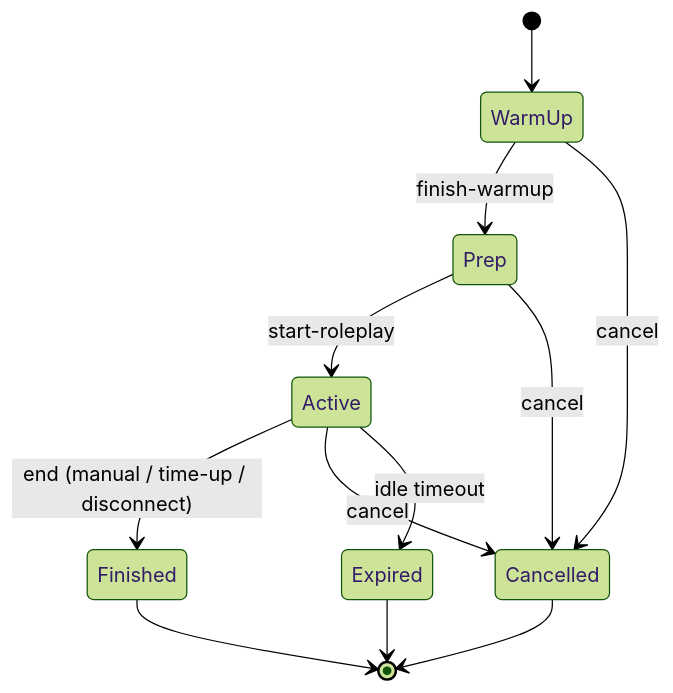
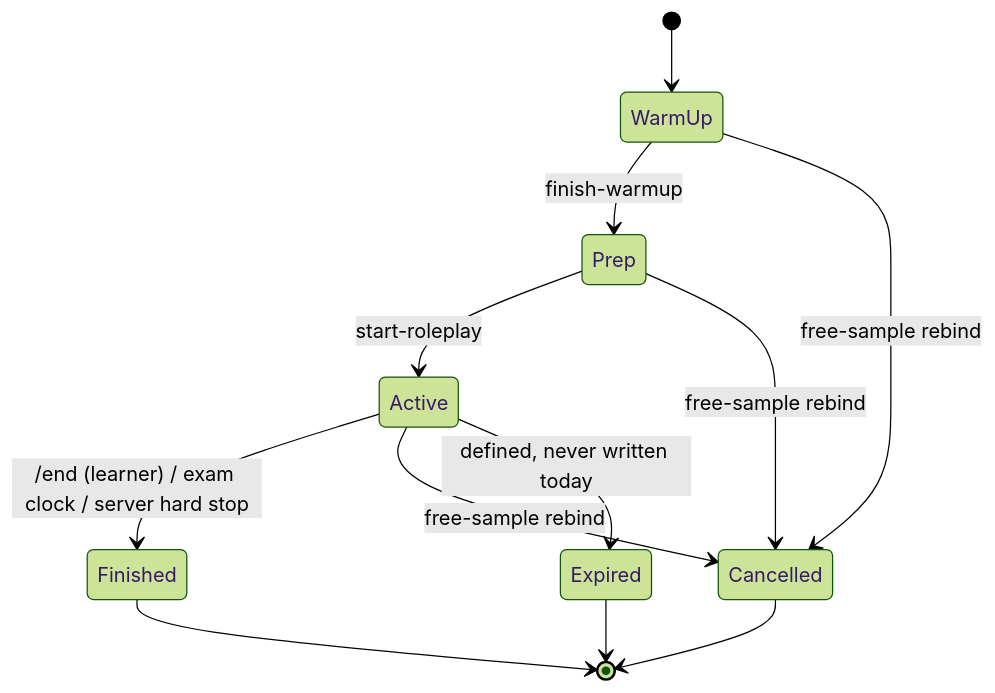
Before and after one commit to jerryboganda/oetwebapp: the first of 3 diagrams in docs/speaking/state-machines.md, drawn with Mermaid (forest theme). The commit also changed other lines of this file and 16 other files, not shown here.

````diff
--- a/docs/speaking/state-machines.md
+++ b/docs/speaking/state-machines.md
@@ -5,14 +5,14 @@
 ```mermaid
 stateDiagram-v2
   [*] --> WarmUp
   WarmUp --> Prep: finish-warmup
   Prep --> Active: start-roleplay
-  Active --> Finished: end (manual / time-up / disconnect)
-  Active --> Cancelled: cancel
-  Prep --> Cancelled: cancel
-  WarmUp --> Cancelled: cancel
+  Active --> Finished: /end (learner) / exam clock / server hard stop
+  Active --> Cancelled: free-sample rebind
+  Prep --> Cancelled: free-sample rebind
+  WarmUp --> Cancelled: free-sample rebind
   Finished --> [*]
   Cancelled --> [*]
-  Active --> Expired: idle timeout
+  Active --> Expired: defined, never written today
   Expired --> [*]
 ```
````
